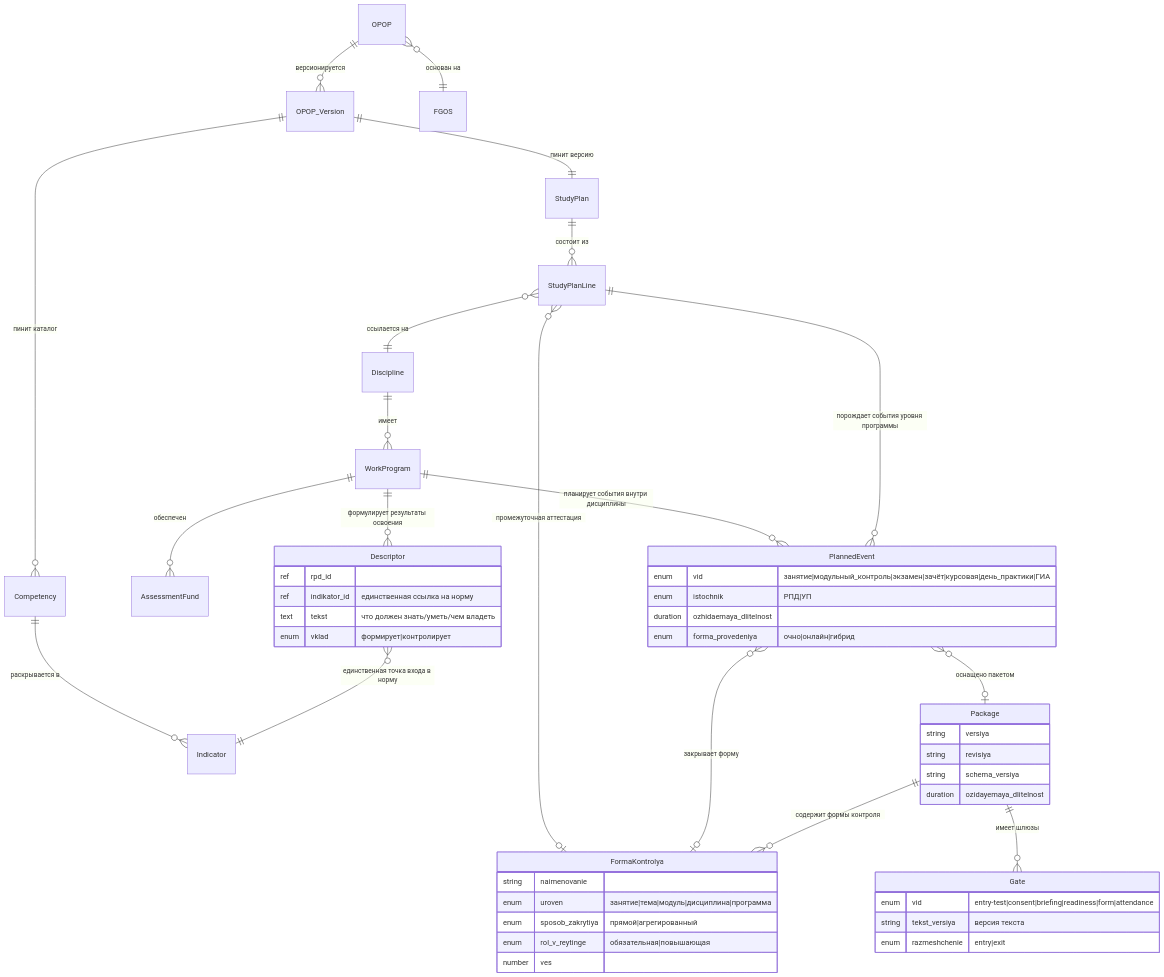
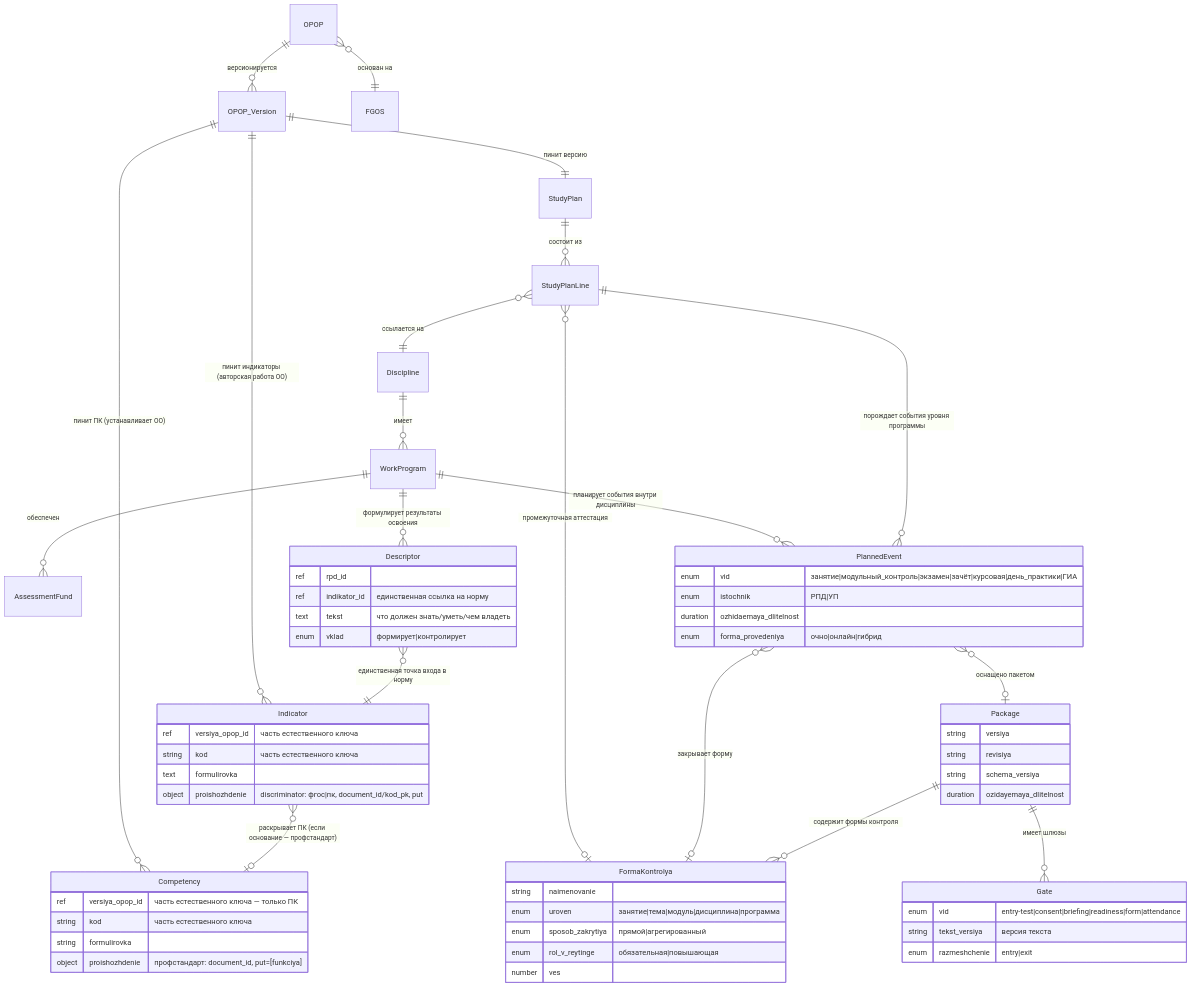
One commit to aplicon-ru/edu-framework changed the diagram in domains/D06-umd/data-model/entities.md. Above: the diagram before and after it, drawn with Mermaid. The commit also changed other lines of this file and 2 other files, not shown here.

````diff
--- a/domains/D06-umd/data-model/entities.md
+++ b/domains/D06-umd/data-model/entities.md
@@ -435,53 +484,66 @@
 ```mermaid
 erDiagram
   OPOP ||--o{ OPOP_Version : "версионируется"
   OPOP }o--|| FGOS : "основан на"
   OPOP_Version ||--|| StudyPlan : "пинит версию"
-  OPOP_Version ||--o{ Competency : "пинит каталог"
+  OPOP_Version ||--o{ Competency : "пинит ПК (устанавливает ОО)"
   StudyPlan ||--o{ StudyPlanLine : "состоит из"
   StudyPlanLine }o--|| Discipline : "ссылается на"
   StudyPlanLine }o--o| FormaKontrolya : "промежуточная аттестация"
   Discipline ||--o{ WorkProgram : "имеет"
   WorkProgram ||--o{ AssessmentFund : "обеспечен"
-  Competency ||--o{ Indicator : "раскрывается в"
+  OPOP_Version ||--o{ Indicator : "пинит индикаторы (авторская работа ОО)"
+  Indicator }o--o| Competency : "раскрывает ПК (если основание — профстандарт)"
   WorkProgram ||--o{ Descriptor : "формулирует результаты освоения"
   Descriptor }o--|| Indicator : "единственная точка входа в норму"
 
   WorkProgram ||--o{ PlannedEvent : "планирует события внутри дисциплины"
   StudyPlanLine ||--o{ PlannedEvent : "порождает события уровня программы"
   PlannedEvent }o--o| FormaKontrolya : "закрывает форму"
   PlannedEvent }o--o| Package : "оснащено пакетом"
   Package ||--o{ FormaKontrolya : "содержит формы контроля"
   Package ||--o{ Gate : "имеет шлюзы"
 
   PlannedEvent {
     enum vid "занятие|модульный_контроль|экзамен|зачёт|курсовая|день_практики|ГИА"
     enum istochnik "РПД|УП"
     duration ozhidaemaya_dlitelnost
     enum forma_provedeniya "очно|онлайн|гибрид"
   }
   Descriptor {
     ref rpd_id
     ref indikator_id "единственная ссылка на норму"
     text tekst "что должен знать/уметь/чем владеть"
     enum vklad "формирует|контролирует"
   }
+  Competency {
+    ref versiya_opop_id "часть естественного ключа — только ПК"
+    string kod "часть естественного ключа"
+    string formulirovka
+    object proishozhdenie "профстандарт: document_id, put=[funkciya]"
+  }
+  Indicator {
+    ref versiya_opop_id "часть естественного ключа"
+    string kod "часть естественного ключа"
+    text formulirovka
+    object proishozhdenie "discriminator: фгос|пк, document_id/kod_pk, put"
+  }
   FormaKontrolya {
     string naimenovanie
     enum uroven "занятие|тема|модуль|дисциплина|программа"
     enum sposob_zakrytiya "прямой|агрегированный"
     enum rol_v_reytinge "обязательная|повышающая"
     number ves
   }
   Package {
     string versiya
     string revisiya
     string schema_versiya
     duration ozidayemaya_dlitelnost
   }
   Gate {
     enum vid "entry-test|consent|briefing|readiness|form|attendance"
     string tekst_versiya "версия текста"
     enum razmeshchenie "entry|exit"
   }
 ```
````
